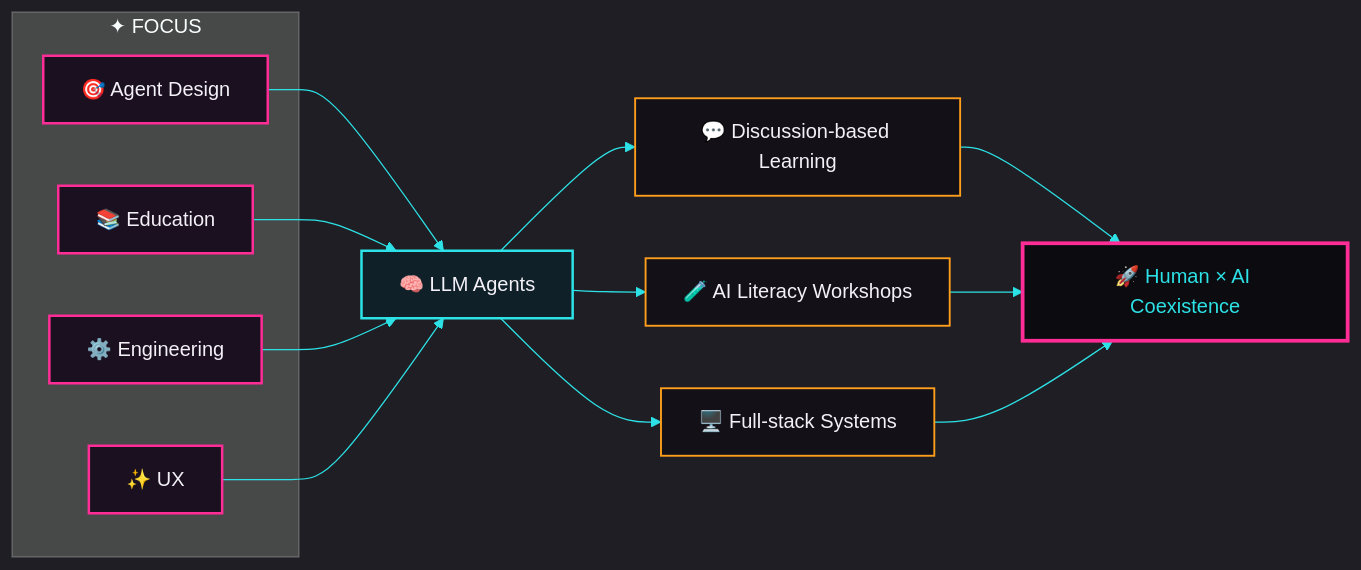
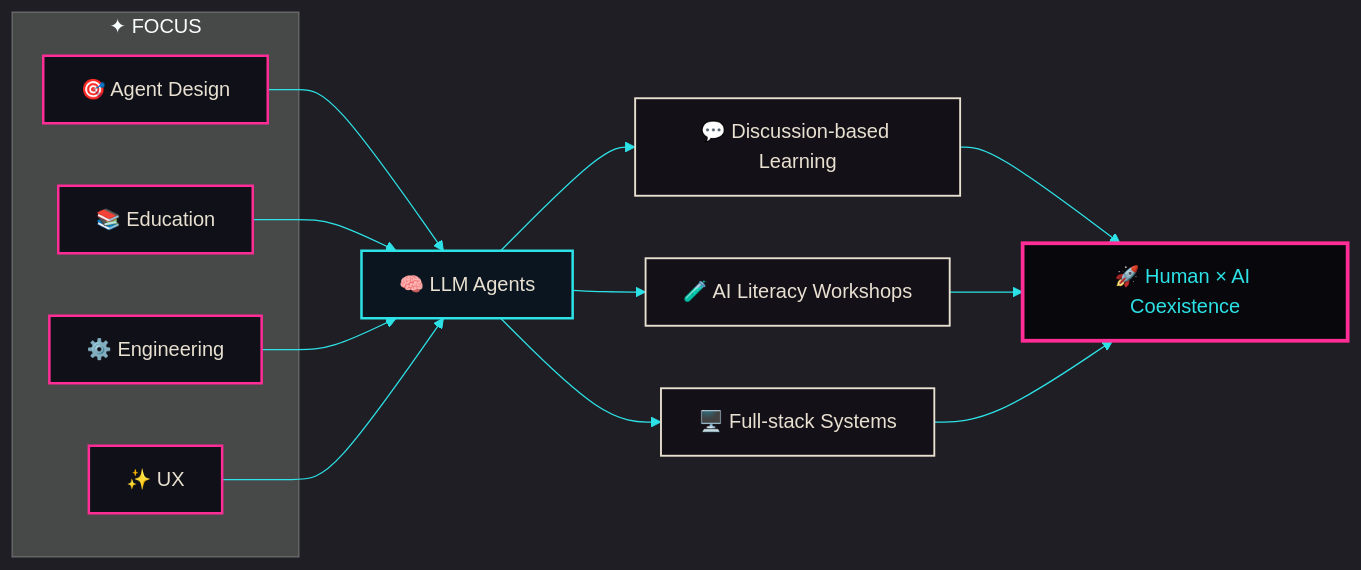
Before and after one commit to AKMaaa/AKMaaa: the diagram in README.md, drawn with Mermaid. The commit also changed other lines of this file and 10 other files, not shown here.

````diff
--- a/README.md
+++ b/README.md
@@ -18,44 +31,44 @@
 ```mermaid
 %%{init: {
   "theme": "dark",
   "themeVariables": {
-    "primaryColor": "#1A1020",
-    "primaryTextColor": "#F4F0F7",
+    "primaryColor": "#101018",
+    "primaryTextColor": "#E8E0D0",
     "primaryBorderColor": "#FF2D95",
     "lineColor": "#2DE2E6",
-    "secondaryColor": "#12121A",
-    "tertiaryColor": "#0B0B10",
+    "secondaryColor": "#07070C",
+    "tertiaryColor": "#101018",
     "fontFamily": "ui-monospace, monospace"
   }
 }}%%
 flowchart LR
   subgraph FOCUS["✦ FOCUS"]
     AD["🎯 Agent Design"]
     ED["📚 Education"]
     EN["⚙️ Engineering"]
     UX["✨ UX"]
   end
 
   AD --> CORE["🧠 LLM Agents"]
   ED --> CORE
   EN --> CORE
   UX --> CORE
 
   CORE --> OUT1["💬 Discussion-based Learning"]
   CORE --> OUT2["🧪 AI Literacy Workshops"]
   CORE --> OUT3["🖥️ Full-stack Systems"]
 
   OUT1 --> IMPACT["🚀 Human × AI Coexistence"]
   OUT2 --> IMPACT
   OUT3 --> IMPACT
 
-  classDef focus fill:#1A1020,stroke:#FF2D95,stroke-width:2px,color:#F4F0F7
-  classDef core fill:#102028,stroke:#2DE2E6,stroke-width:2px,color:#F4F0F7
-  classDef out fill:#141018,stroke:#FF9F1C,stroke-width:1.5px,color:#F4F0F7
-  classDef impact fill:#0B0B10,stroke:#FF2D95,stroke-width:3px,color:#2DE2E6
+  classDef focus fill:#101018,stroke:#FF2D95,stroke-width:2px,color:#E8E0D0
+  classDef core fill:#0B1520,stroke:#2DE2E6,stroke-width:2px,color:#E8E0D0
+  classDef out fill:#141018,stroke:#E8E0D0,stroke-width:1.5px,color:#E8E0D0
+  classDef impact fill:#07070C,stroke:#FF2D95,stroke-width:3px,color:#2DE2E6
 
   class AD,ED,EN,UX focus
   class CORE core
   class OUT1,OUT2,OUT3 out
   class IMPACT impact
 ```
````
